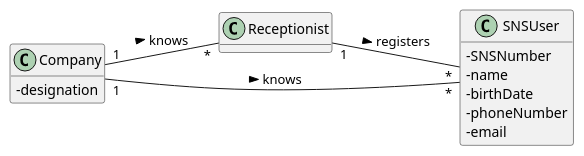
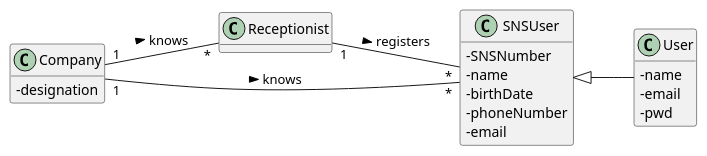
Before and after one commit to miseEnPlace-i/lapr2: the diagram in docs/SprintB/US03/DM/US03_DM.puml, drawn with PlantUML.

Commit message:
docs(US03): update DM

```diff
--- a/docs/SprintB/US03/DM/US03_DM.puml
+++ b/docs/SprintB/US03/DM/US03_DM.puml
@@ -1,28 +1,32 @@
 @startuml
 hide methods
 left to right direction
 skinparam classAttributeIconSize 0
 
-
 class Receptionist {
 }
 
 class SNSUser {
-  -SNSNumber
-  -name
-  -birthDate
-  -phoneNumber
-  -email
+  - SNSNumber
+  - name
+  - birthDate
+  - phoneNumber
+  - email
 }
 
 class Company {
-  -designation
+  - designation
+}
+
+class User {
+  - name
+  - email
+  - pwd
 }
 
 Receptionist "1" -- "*" SNSUser : registers >
 Company "1" -- "*" Receptionist : knows >
 Company "1" -- "*" SNSUser : knows >
-
-
+SNSUser <|-- User
 
 @enduml
```
